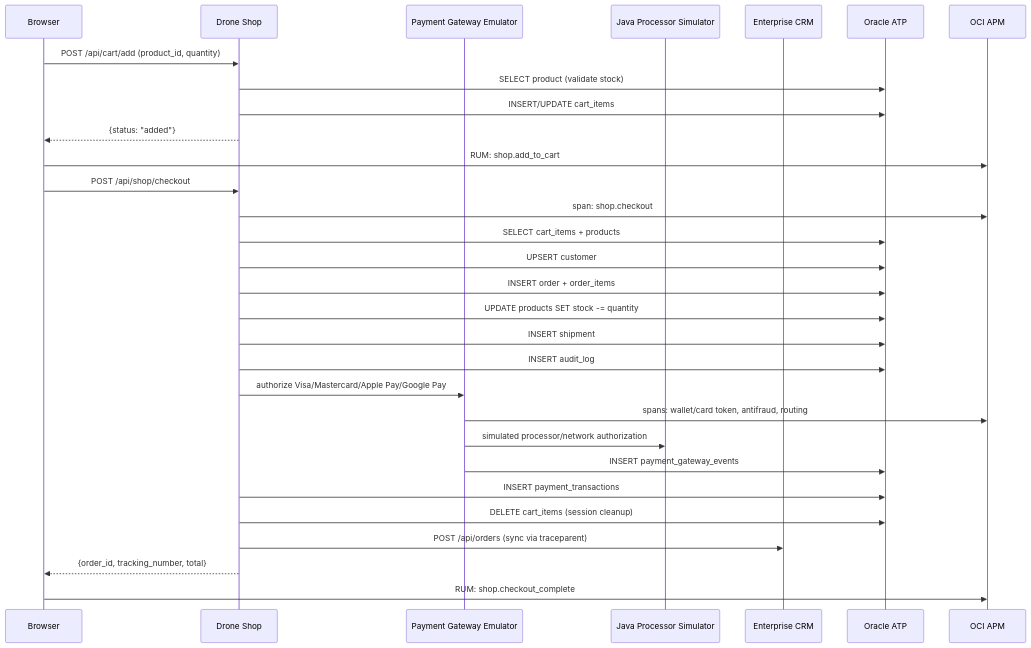
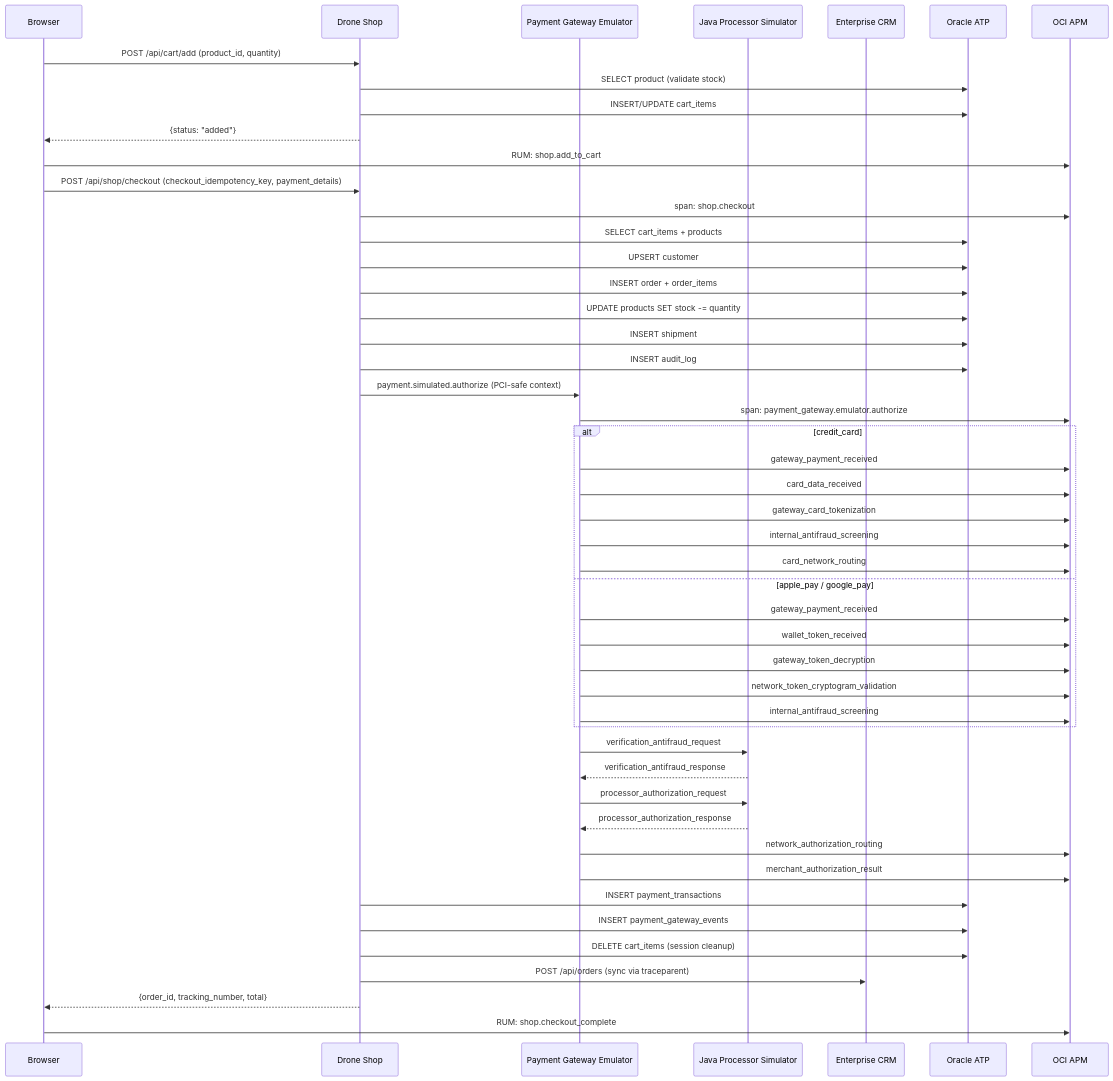
One commit to adibirzu/octo-apm-demo changed the diagram in shop/site/drone-shop/checkout.md. Above: the diagram before and after it, drawn with Mermaid. The commit also changed other lines of this file and 66 other files, not shown here.

````diff
--- a/shop/site/drone-shop/checkout.md
+++ b/shop/site/drone-shop/checkout.md
@@ -7,34 +7,52 @@
 ```mermaid
 sequenceDiagram
     participant Browser
     participant Shop as Drone Shop
     participant PGW as Payment Gateway Emulator
     participant Java as Java Processor Simulator
     participant CRM as Enterprise CRM
     participant ATP as Oracle ATP
     participant APM as OCI APM
 
     Browser->>Shop: POST /api/cart/add (product_id, quantity)
     Shop->>ATP: SELECT product (validate stock)
     Shop->>ATP: INSERT/UPDATE cart_items
     Shop-->>Browser: {status: "added"}
     Browser->>APM: RUM: shop.add_to_cart
 
-    Browser->>Shop: POST /api/shop/checkout
+    Browser->>Shop: POST /api/shop/checkout (checkout_idempotency_key, payment_details)
     Shop->>APM: span: shop.checkout
     Shop->>ATP: SELECT cart_items + products
     Shop->>ATP: UPSERT customer
     Shop->>ATP: INSERT order + order_items
     Shop->>ATP: UPDATE products SET stock -= quantity
     Shop->>ATP: INSERT shipment
     Shop->>ATP: INSERT audit_log
-    Shop->>PGW: authorize Visa/Mastercard/Apple Pay/Google Pay
-    PGW->>APM: spans: wallet/card token, antifraud, routing
-    PGW->>Java: simulated processor/network authorization
-    PGW->>ATP: INSERT payment_gateway_events
+    Shop->>PGW: payment.simulated.authorize (PCI-safe context)
+    PGW->>APM: span: payment_gateway.emulator.authorize
+    alt credit_card
+        PGW->>APM: gateway_payment_received
+        PGW->>APM: card_data_received
+        PGW->>APM: gateway_card_tokenization
+        PGW->>APM: internal_antifraud_screening
+        PGW->>APM: card_network_routing
+    else apple_pay / google_pay
+        PGW->>APM: gateway_payment_received
+        PGW->>APM: wallet_token_received
+        PGW->>APM: gateway_token_decryption
+        PGW->>APM: network_token_cryptogram_validation
+        PGW->>APM: internal_antifraud_screening
+    end
+    PGW->>Java: verification_antifraud_request
+    Java-->>PGW: verification_antifraud_response
+    PGW->>Java: processor_authorization_request
+    Java-->>PGW: processor_authorization_response
+    PGW->>APM: network_authorization_routing
+    PGW->>APM: merchant_authorization_result
     Shop->>ATP: INSERT payment_transactions
+    Shop->>ATP: INSERT payment_gateway_events
     Shop->>ATP: DELETE cart_items (session cleanup)
     Shop->>CRM: POST /api/orders (sync via traceparent)
     Shop-->>Browser: {order_id, tracking_number, total}
     Browser->>APM: RUM: shop.checkout_complete
 ```
````
